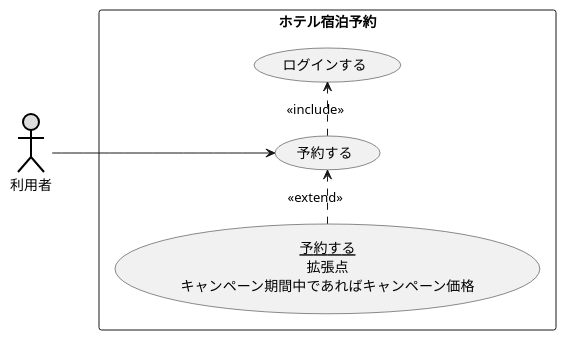
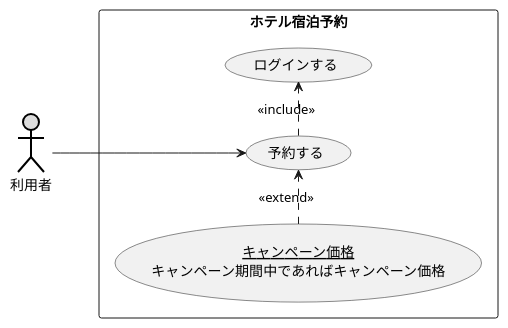
The diagram in 演習2-4_キャンペーン中のホテルの宿泊予約.pu (mimoza126/uml-introduction), drawn with PlantUML before and after one commit. The commit also changed 1 other file, not shown here.

```diff
--- a/演習2-4_キャンペーン中のホテルの宿泊予約.pu
+++ b/演習2-4_キャンペーン中のホテルの宿泊予約.pu
@@ -1,12 +1,12 @@
 @startuml ユースケース図
 left to right direction
 actor 利用者 #DDDDDD;line:black;line.bold;
 rectangle ホテル宿泊予約{
     usecase 予約する
     usecase ログインする
-    usecase (<u>予約する</u>\n拡張点\nキャンペーン期間中であればキャンペーン価格) as input
+    usecase (<u>キャンペーン価格</u>\nキャンペーン期間中であればキャンペーン価格) as input
 }
 予約する.>ログインする :<<include>>
 input .> (予約する) : <<extend>>
 利用者-->予約する
 @enduml
```
